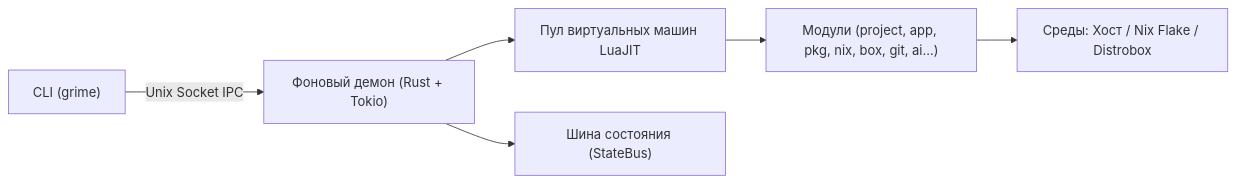
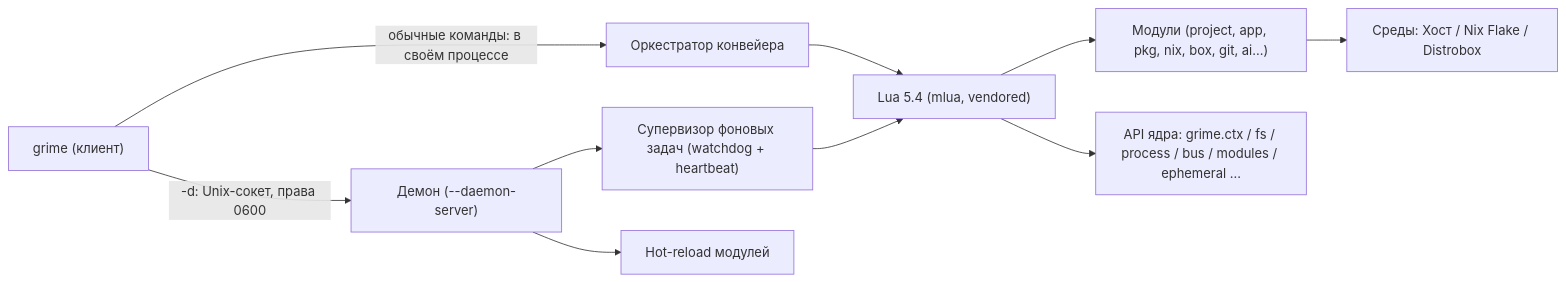
Before and after one commit to GrimeVoid/grime-rust: the diagram in README.md, drawn with Mermaid. The commit also changed other lines of this file and 5 other files, not shown here.

First line of the commit message:
docs: rewrite README and documentation for the annotation-based architecture

````diff
--- a/README.md
+++ b/README.md
@@ -35,8 +42,12 @@
 ```mermaid
 flowchart LR
-    CLI["CLI (grime)"] -->|Unix Socket IPC| Daemon["Фоновый демон (Rust + Tokio)"]
-    Daemon --> Pool["Пул виртуальных машин LuaJIT"]
-    Daemon --> Bus["Шина состояния (StateBus)"]
-    Pool --> Modules["Модули (project, app, pkg, nix, box, git, ai...)"]
+    CLI["grime (клиент)"] -->|обычные команды: в своём процессе| Orch["Оркестратор конвейера"]
+    CLI -->|"-d: Unix-сокет, права 0600"| Daemon["Демон (--daemon-server)"]
+    Daemon --> Sup["Супервизор фоновых задач (watchdog + heartbeat)"]
+    Daemon --> Reload["Hot-reload модулей"]
+    Orch --> Lua["Lua 5.4 (mlua, vendored)"]
+    Sup --> Lua
+    Lua --> Modules["Модули (project, app, pkg, nix, box, git, ai...)"]
+    Lua --> API["API ядра: grime.ctx / fs / process / bus / modules / ephemeral ..."]
     Modules --> Env["Среды: Хост / Nix Flake / Distrobox"]
 ```
````
